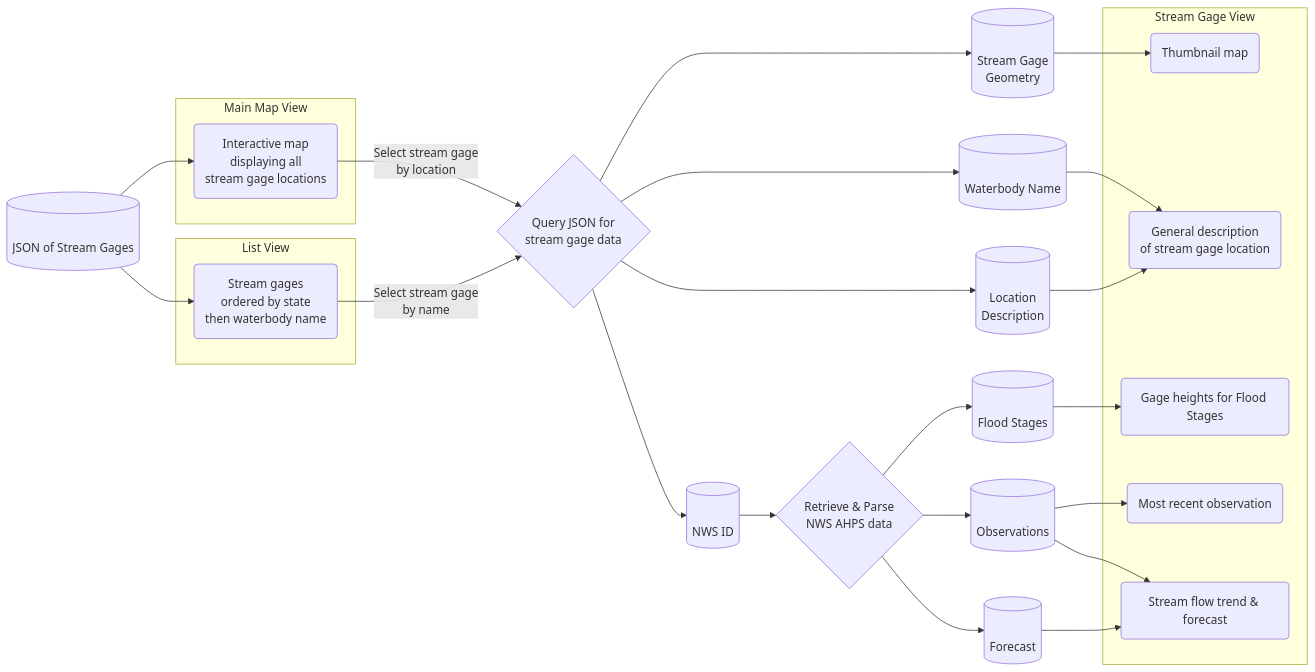
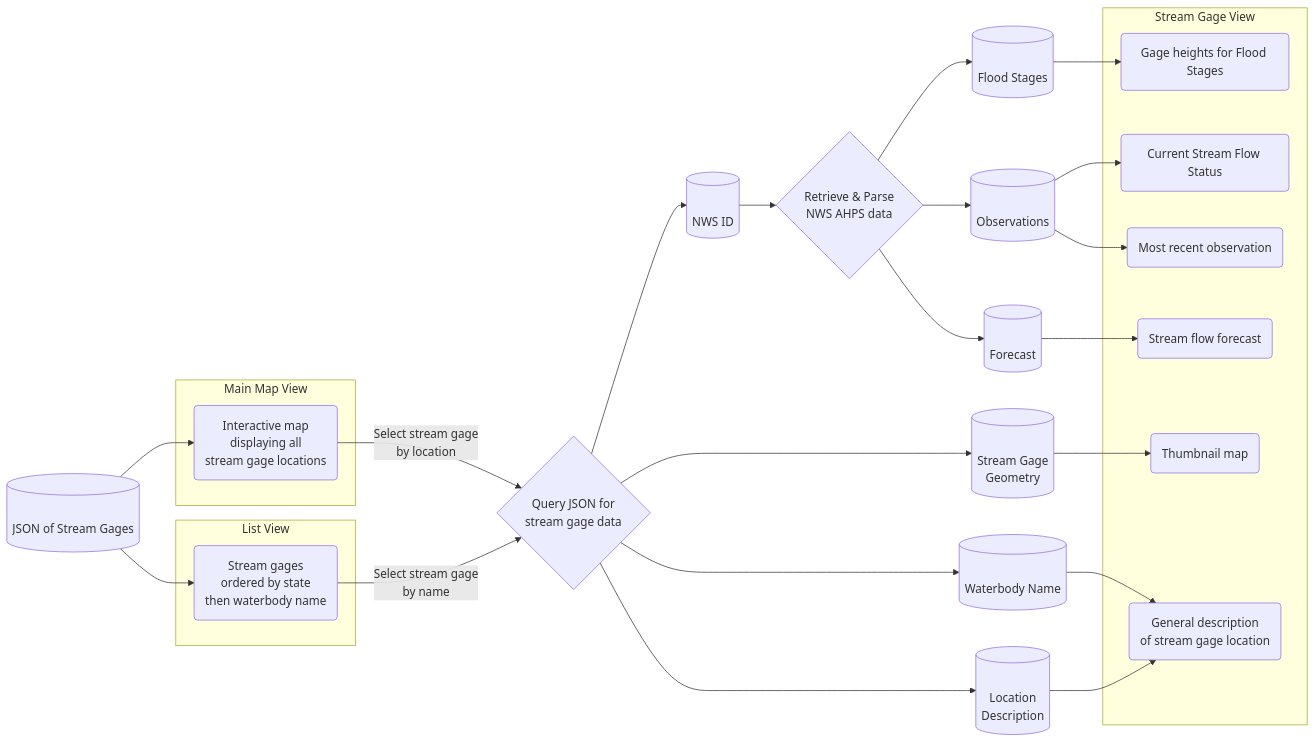
One commit to FishheadNate/FloodNotice-iOS changed the diagram in README.md. Above: the diagram before and after it, drawn with Mermaid.

Commit message:
Update diagram

````diff
--- a/README.md
+++ b/README.md
@@ -6,44 +6,45 @@
 ```mermaid
 flowchart LR
     srcJSON[(<br>JSON of Stream Gages)]
     srcJSON --> mmv1(Interactive map<br>displaying all<br>stream gage locations)
     srcJSON --> lv1(Stream gages<br>ordered by state<br>then waterbody name)
     
     subgraph Main Map View
     mmv1
     end
     
     subgraph List View
     lv1
     end
     
     mmv1 -->|Select stream gage<br>by location|queryJSON{Query JSON for<br>stream gage data}
     lv1 -->|Select stream gage<br>by name|queryJSON
     
     queryJSON --> nwsID[(<br>NWS ID)]
     queryJSON --> gageGeo[(<br>Stream Gage<br>Geometry)]
     queryJSON --> gageWB[(<br>Waterbody Name)]
     queryJSON --> gageLoc[(<br>Location<br>Description)]
     
     gageGeo --> sgv1(Thumbnail map)
     gageWB --> sgv2(General description<br>of stream gage location)
     gageLoc --> sgv2
     nwsID --> parseXML{Retrieve & Parse<br>NWS AHPS data}
     
     parseXML --> floodStages[(<br>Flood Stages)]
     parseXML --> observations[(<br>Observations)]
     parseXML --> forecast[(<br>Forecast)]
     
-    floodStages --> sgv3(Gage heights for Flood Stages)
-    observations --> sgv4(Most recent observation)
-    observations --> sgv5(Stream flow trend & forecast)
-    forecast --> sgv5
+    observations --> sgv3(Current Stream Flow Status)
+    floodStages --> sgv4(Gage heights for Flood Stages)
+    observations --> sgv5(Most recent observation)
+    forecast --> sgv6(Stream flow forecast)
     
     subgraph Stream Gage View
     sgv1
     sgv2
     sgv3
     sgv4
     sgv5
+    sgv6
     end
 ```
````
